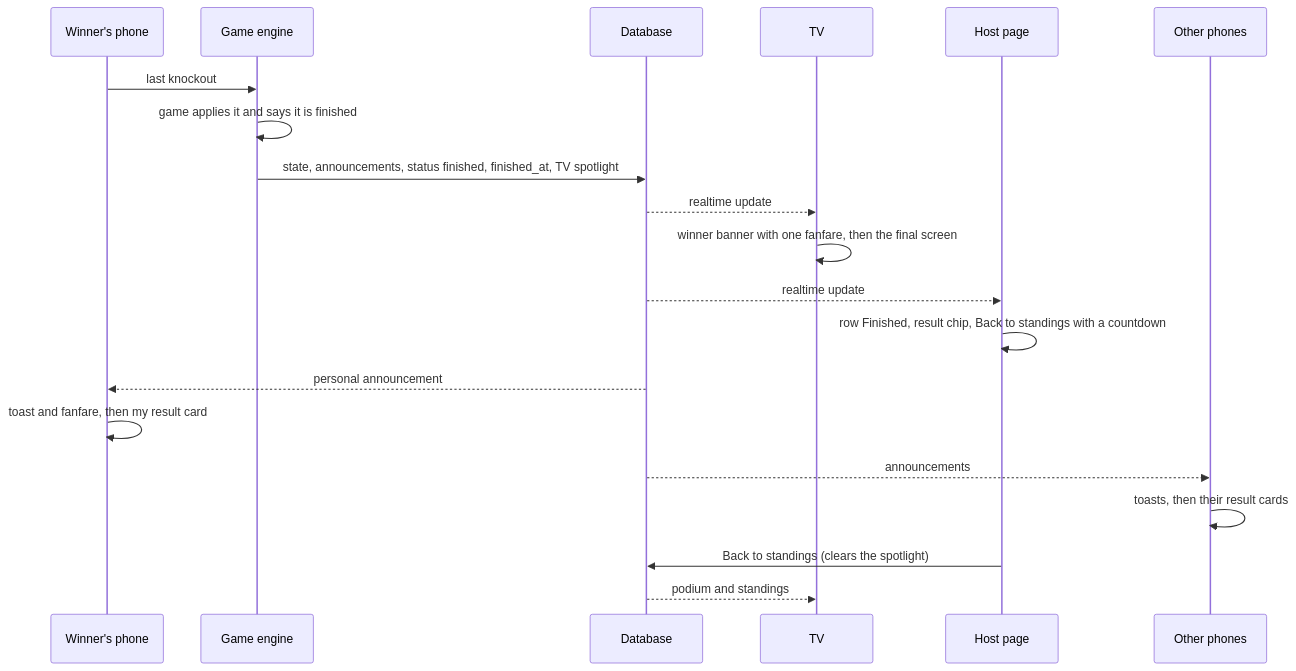
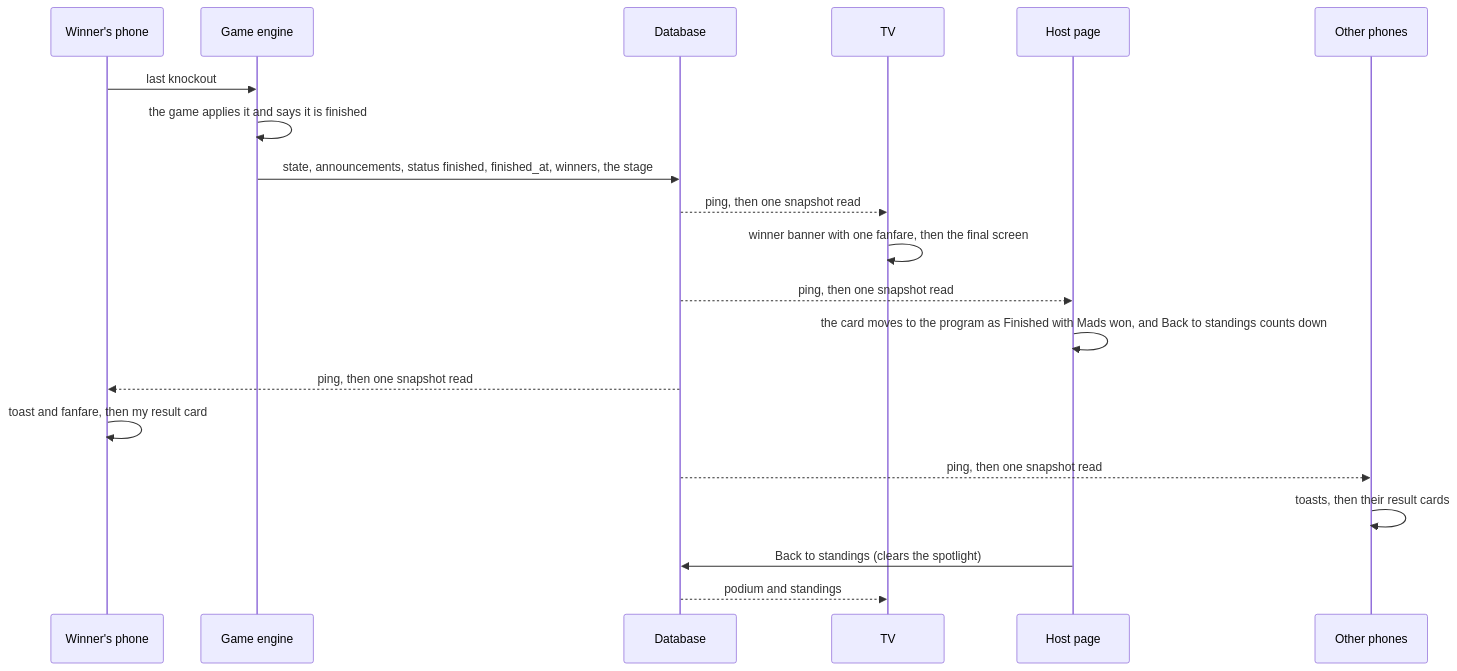
Before and after one commit to NicolaiLassen/hurra: diagram 14 of 14 in docs/user-flows.md, drawn with Mermaid. The commit also changed other lines of this file and 36 other files, not shown here.

````diff
--- a/docs/user-flows.md
+++ b/docs/user-flows.md
@@ -380,22 +490,22 @@
 ```mermaid
 sequenceDiagram
   participant W as Winner's phone
   participant E as Game engine
   participant DB as Database
   participant TV
   participant H as Host page
   participant O as Other phones
   W->>E: last knockout
-  E->>E: game applies it and says it is finished
-  E->>DB: state, announcements, status finished, finished_at, TV spotlight
-  DB-->>TV: realtime update
+  E->>E: the game applies it and says it is finished
+  E->>DB: state, announcements, status finished, finished_at, winners, the stage
+  DB-->>TV: ping, then one snapshot read
   TV->>TV: winner banner with one fanfare, then the final screen
-  DB-->>H: realtime update
-  H->>H: row Finished, result chip, Back to standings with a countdown
-  DB-->>W: personal announcement
+  DB-->>H: ping, then one snapshot read
+  H->>H: the card moves to the program as Finished with Mads won, and Back to standings counts down
+  DB-->>W: ping, then one snapshot read
   W->>W: toast and fanfare, then my result card
-  DB-->>O: announcements
+  DB-->>O: ping, then one snapshot read
   O->>O: toasts, then their result cards
   H->>DB: Back to standings (clears the spotlight)
   DB-->>TV: podium and standings
 ```
````
